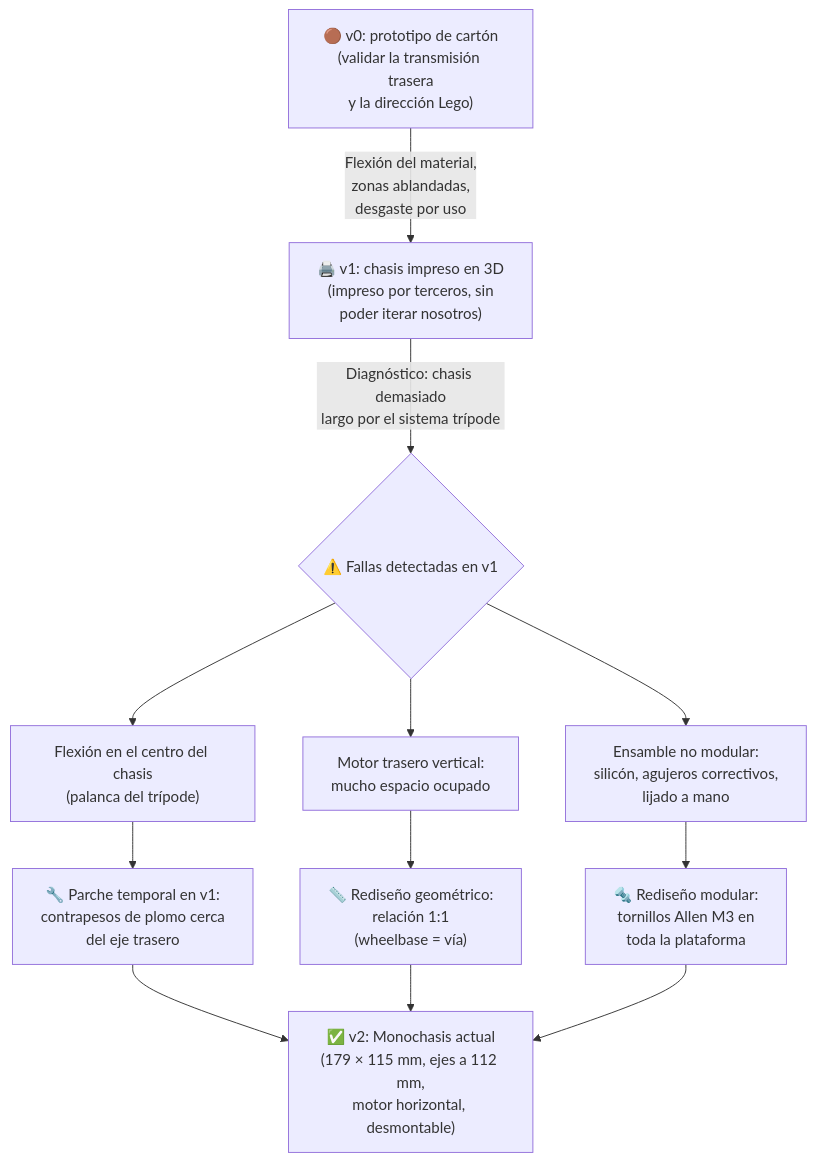
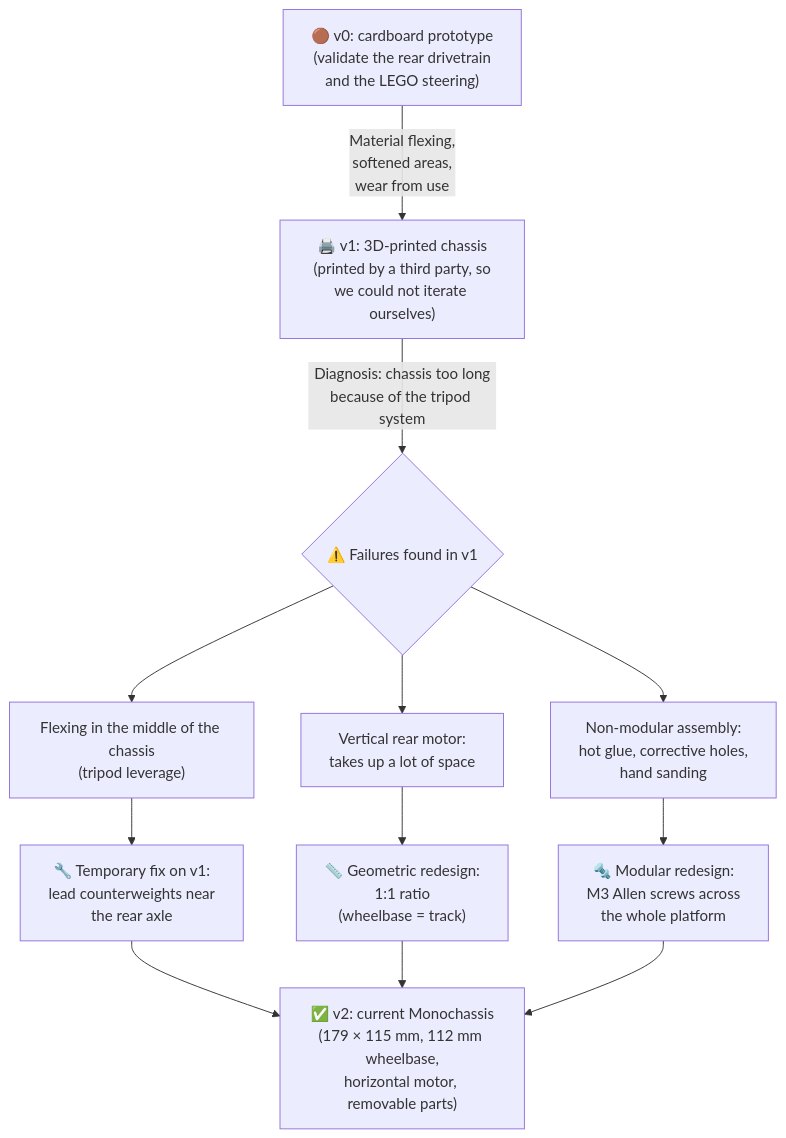
The ninth of 18 diagrams in README.md (erchivox/Prometheus-Team-2026), drawn with Mermaid before and after one commit. The commit also changed other lines of this file and 8 other files, not shown here.

````diff
--- a/README.md
+++ b/README.md
@@ -1383,14 +1383,14 @@
 ```mermaid
 flowchart TD
-    A["🟤 v0: prototipo de cartón<br/>(validar la transmisión trasera<br/>y la dirección Lego)"] -->|"Flexión del material,<br/>zonas ablandadas,<br/>desgaste por uso"| B["🖨️ v1: chasis impreso en 3D<br/>(impreso por terceros, sin<br/>poder iterar nosotros)"]
-    B -->|"Diagnóstico: chasis demasiado<br/>largo por el sistema trípode"| C{"⚠️ Fallas detectadas en v1"}
-    C --> C1["Flexión en el centro del chasis<br/>(palanca del trípode)"]
-    C --> C2["Motor trasero vertical:<br/>mucho espacio ocupado"]
-    C --> C3["Ensamble no modular:<br/>silicón, agujeros correctivos,<br/>lijado a mano"]
-    C1 --> D["🔧 Parche temporal en v1:<br/>contrapesos de plomo cerca<br/>del eje trasero"]
-    C2 --> E["📏 Rediseño geométrico:<br/>relación 1:1<br/>(wheelbase = vía)"]
-    C3 --> F["🔩 Rediseño modular:<br/>tornillos Allen M3 en<br/>toda la plataforma"]
-    D --> G["✅ v2: Monochasis actual<br/>(179 × 115 mm, ejes a 112 mm,<br/>motor horizontal, desmontable)"]
+    A["🟤 v0: cardboard prototype<br/>(validate the rear drivetrain<br/>and the LEGO steering)"] -->|"Material flexing,<br/>softened areas,<br/>wear from use"| B["🖨️ v1: 3D-printed chassis<br/>(printed by a third party, so<br/>we could not iterate ourselves)"]
+    B -->|"Diagnosis: chassis too long<br/>because of the tripod system"| C{"⚠️ Failures found in v1"}
+    C --> C1["Flexing in the middle of the chassis<br/>(tripod leverage)"]
+    C --> C2["Vertical rear motor:<br/>takes up a lot of space"]
+    C --> C3["Non-modular assembly:<br/>hot glue, corrective holes,<br/>hand sanding"]
+    C1 --> D["🔧 Temporary fix on v1:<br/>lead counterweights near<br/>the rear axle"]
+    C2 --> E["📏 Geometric redesign:<br/>1:1 ratio<br/>(wheelbase = track)"]
+    C3 --> F["🔩 Modular redesign:<br/>M3 Allen screws across<br/>the whole platform"]
+    D --> G["✅ v2: current Monochassis<br/>(179 × 115 mm, 112 mm wheelbase,<br/>horizontal motor, removable parts)"]
     E --> G
     F --> G
 ```
````
